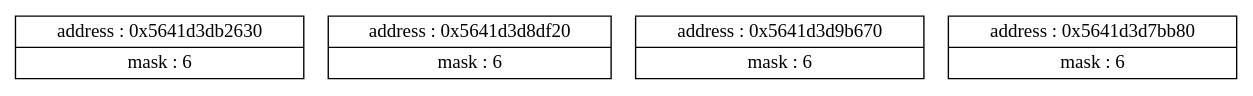
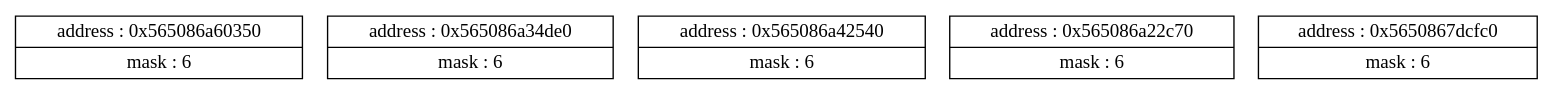
The diagram in projects/00_ShishGL/assets/subs.dot (Shishqa/3sem_cpp-practice), drawn with Graphviz before and after one commit. The commit also changed 21 other files, not shown here.

```diff
--- a/projects/00_ShishGL/assets/subs.dot
+++ b/projects/00_ShishGL/assets/subs.dot
@@ -1,11 +1,13 @@
 digraph {
 	node [shape=record]
-	node0x5641d3db2630 [label = "{address : 0x5641d3db2630 |mask : 6}"];
+	node0x565086a60350 [label = "{address : 0x565086a60350 |mask : 6}"];
 
-	node0x5641d3d8df20 [label = "{address : 0x5641d3d8df20 |mask : 6}"];
+	node0x565086a34de0 [label = "{address : 0x565086a34de0 |mask : 6}"];
 
-	node0x5641d3d9b670 [label = "{address : 0x5641d3d9b670 |mask : 6}"];
+	node0x565086a42540 [label = "{address : 0x565086a42540 |mask : 6}"];
 
-	node0x5641d3d7bb80 [label = "{address : 0x5641d3d7bb80 |mask : 6}"];
+	node0x565086a22c70 [label = "{address : 0x565086a22c70 |mask : 6}"];
+
+	node0x5650867dcfc0 [label = "{address : 0x5650867dcfc0 |mask : 6}"];
 
 }
```
